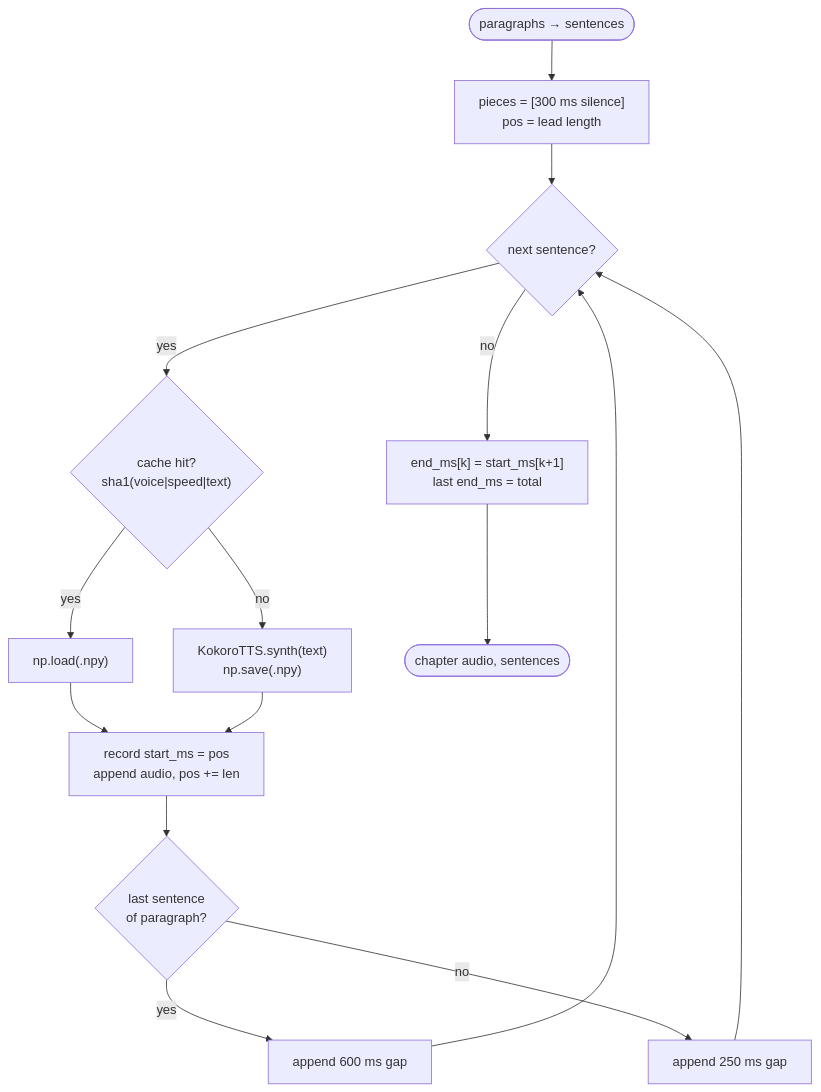
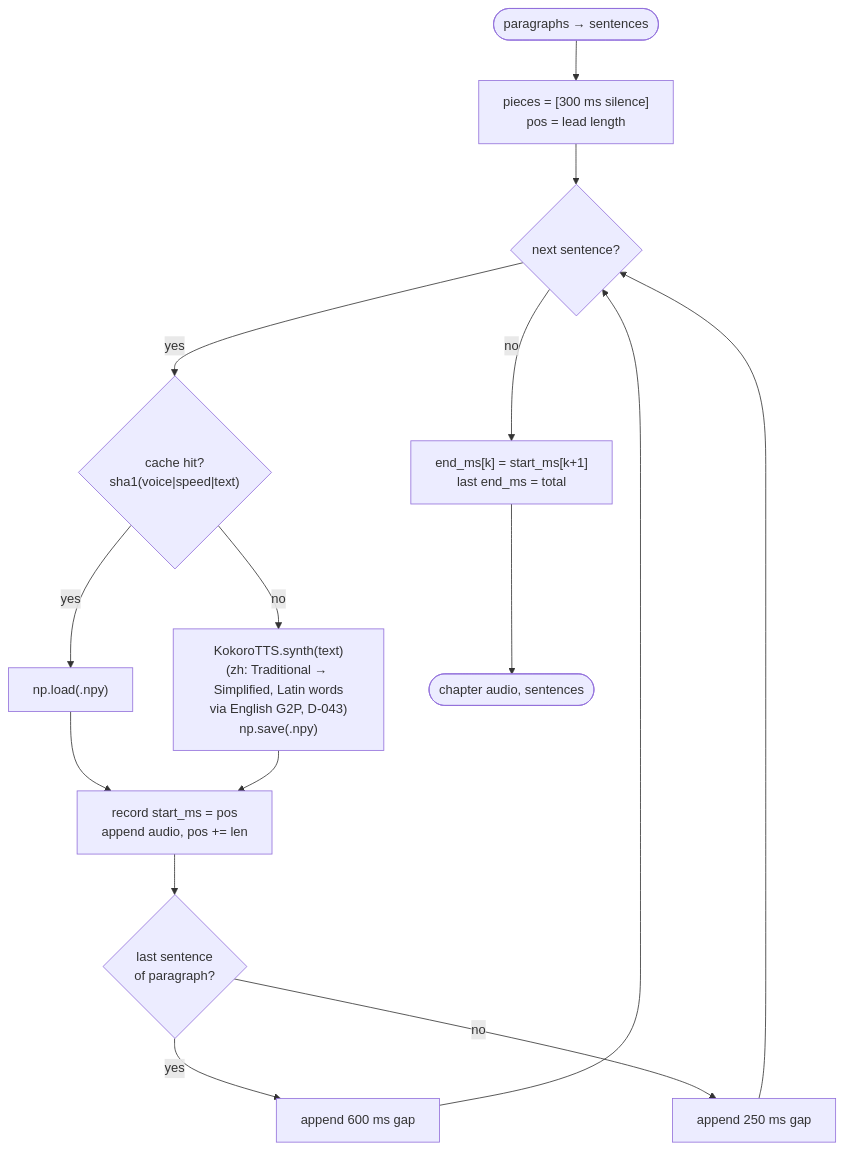
One commit to Fgkl10/ebook-convert-to-audio changed the fourth of 10 diagrams in desktop/docs/workflow.md. Above: the diagram before and after it, drawn with Mermaid. The commit also changed other lines of this file and 52 other files, not shown here.

First line of the commit message:
Chinese voices: convert Simplified and Traditional Chinese books (M7)

````diff
--- a/desktop/docs/workflow.md
+++ b/desktop/docs/workflow.md
@@ -115,17 +116,17 @@
 ```mermaid
 flowchart TD
     S([paragraphs → sentences]) --> L0["pieces = [300 ms silence]<br/>pos = lead length"]
     L0 --> N{next sentence?}
     N -- yes --> C{"cache hit?<br/>sha1(voice|speed|text)"}
     C -- yes --> R["np.load(.npy)"]
-    C -- no --> T["KokoroTTS.synth(text)<br/>np.save(.npy)"]
+    C -- no --> T["KokoroTTS.synth(text)<br/>(zh: Traditional → Simplified, Latin words<br/>via English G2P, D-043)<br/>np.save(.npy)"]
     R --> ST
     T --> ST["record start_ms = pos<br/>append audio, pos += len"]
     ST --> G{last sentence<br/>of paragraph?}
     G -- yes --> PG["append 600 ms gap"]
     G -- no --> SG["append 250 ms gap"]
     PG --> N
     SG --> N
     N -- no --> E["end_ms[k] = start_ms[k+1]<br/>last end_ms = total"]
     E --> O([chapter audio, sentences])
 ```
````
